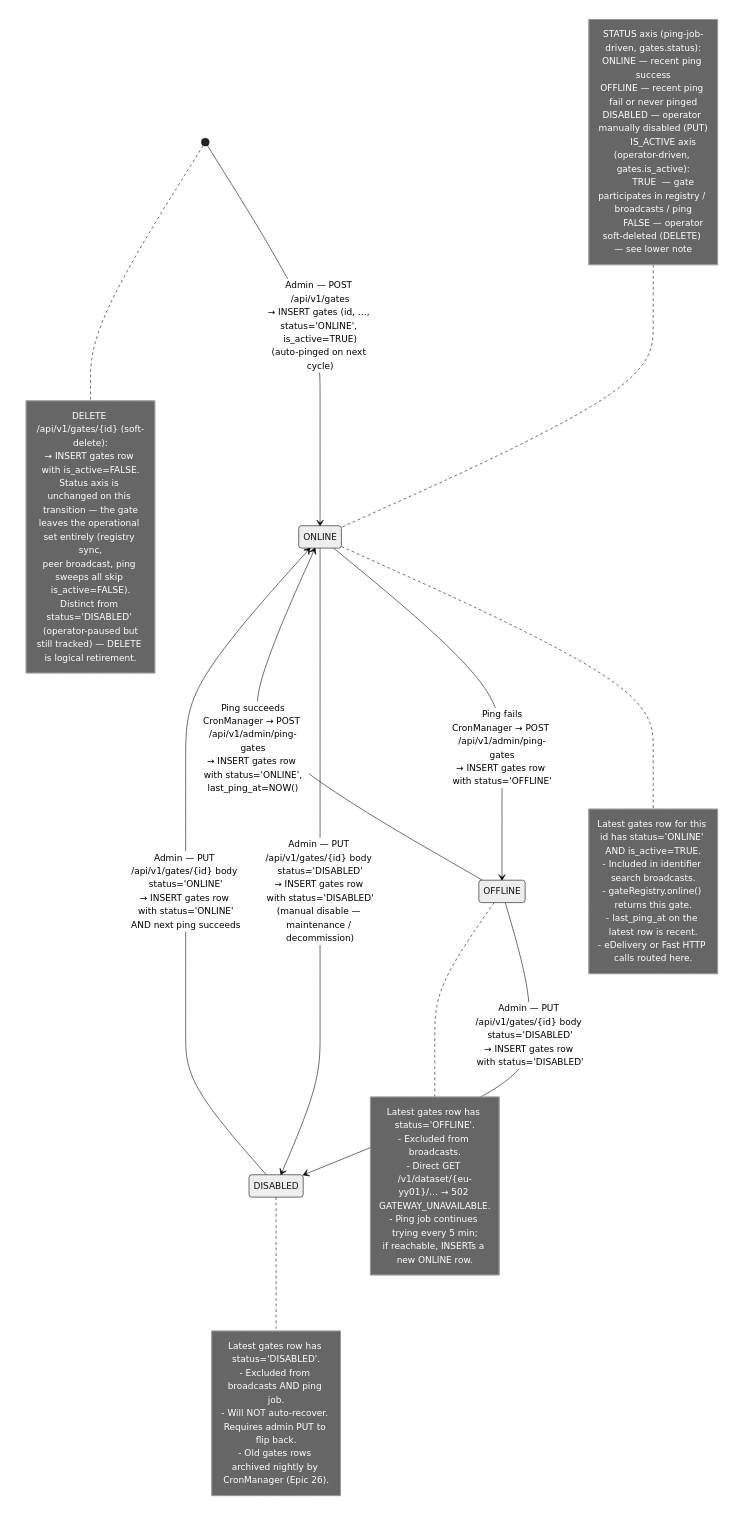
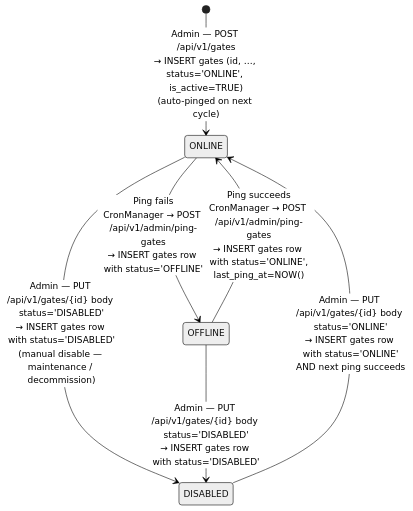
Before and after one commit to kemit-ee/efti-gate-ee: the diagram in docs/specs/diagrams/state-05-gate-health.mmd, drawn with Mermaid (neutral theme). The commit also changed 9 other files, not shown here.

```diff
--- a/docs/specs/diagrams/state-05-gate-health.mmd
+++ b/docs/specs/diagrams/state-05-gate-health.mmd
@@ -1,56 +1,16 @@
 stateDiagram-v2
     [*] --> ONLINE: Admin — POST /api/v1/gates<br/>→ INSERT gates (id, …, status='ONLINE', is_active=TRUE)<br/>(auto-pinged on next cycle)
 
     ONLINE --> OFFLINE: Ping fails<br/>CronManager → POST /api/v1/admin/ping-gates<br/>→ INSERT gates row with status='OFFLINE'
 
     OFFLINE --> ONLINE: Ping succeeds<br/>CronManager → POST /api/v1/admin/ping-gates<br/>→ INSERT gates row with status='ONLINE',<br/>last_ping_at=NOW()
 
     ONLINE --> DISABLED: Admin — PUT /api/v1/gates/{id} body status='DISABLED'<br/>→ INSERT gates row with status='DISABLED'<br/>(manual disable — maintenance / decommission)
 
     OFFLINE --> DISABLED: Admin — PUT /api/v1/gates/{id} body status='DISABLED'<br/>→ INSERT gates row with status='DISABLED'
 
     DISABLED --> ONLINE: Admin — PUT /api/v1/gates/{id} body status='ONLINE'<br/>→ INSERT gates row with status='ONLINE'<br/>AND next ping succeeds
 
-    note left of ONLINE
-        STATUS axis (ping-job-driven, gates.status):
-        ONLINE — recent ping success
-        OFFLINE — recent ping fail or never pinged
-        DISABLED — operator manually disabled (PUT)
-
-        IS_ACTIVE axis (operator-driven, gates.is_active):
-        TRUE  — gate participates in registry / broadcasts / ping
-        FALSE — operator soft-deleted (DELETE) — see lower note
-    end note
-
-    note right of ONLINE
-        Latest gates row for this id has status='ONLINE' AND is_active=TRUE.
-        - Included in identifier search broadcasts.
-        - gateRegistry.online() returns this gate.
-        - last_ping_at on the latest row is recent.
-        - eDelivery or Fast HTTP calls routed here.
-    end note
-
-    note right of OFFLINE
-        Latest gates row has status='OFFLINE'.
-        - Excluded from broadcasts.
-        - Direct GET /v1/dataset/{eu-yy01}/… → 502 GATEWAY_UNAVAILABLE.
-        - Ping job continues trying every 5 min;
-          if reachable, INSERTs a new ONLINE row.
-    end note
-
-    note right of DISABLED
-        Latest gates row has status='DISABLED'.
-        - Excluded from broadcasts AND ping job.
-        - Will NOT auto-recover. Requires admin PUT to flip back.
-        - Old gates rows archived nightly by CronManager (Epic 26).
-    end note
-
-    note right of [*]
-        DELETE /api/v1/gates/{id} (soft-delete):
-        → INSERT gates row with is_active=FALSE.
-        Status axis is unchanged on this transition — the gate
-        leaves the operational set entirely (registry sync,
-        peer broadcast, ping sweeps all skip is_active=FALSE).
-        Distinct from status='DISABLED' (operator-paused but
-        still tracked) — DELETE is logical retirement.
-    end note
+%% Per-state semantics + status-vs-is_active axes are documented in
+%% `docs/epics/epic_6_en.md` §"Lifecycle states"
+%% (kept out of the diagram because GitHub's mermaid clips long note text).
```
